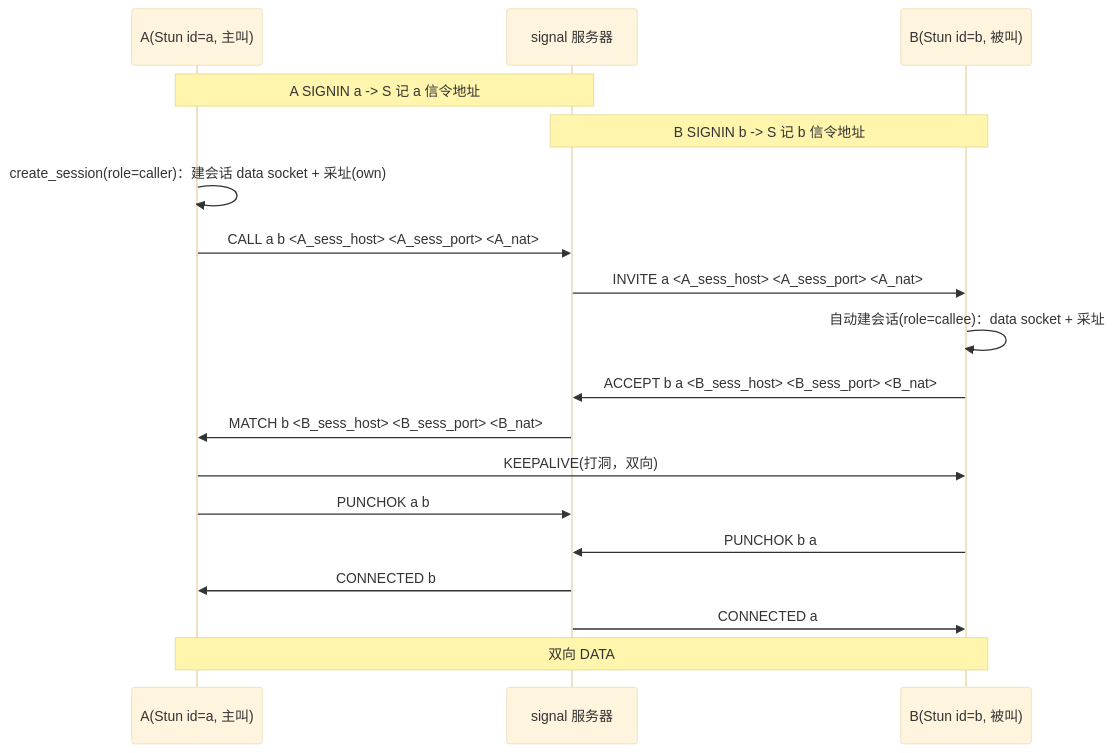
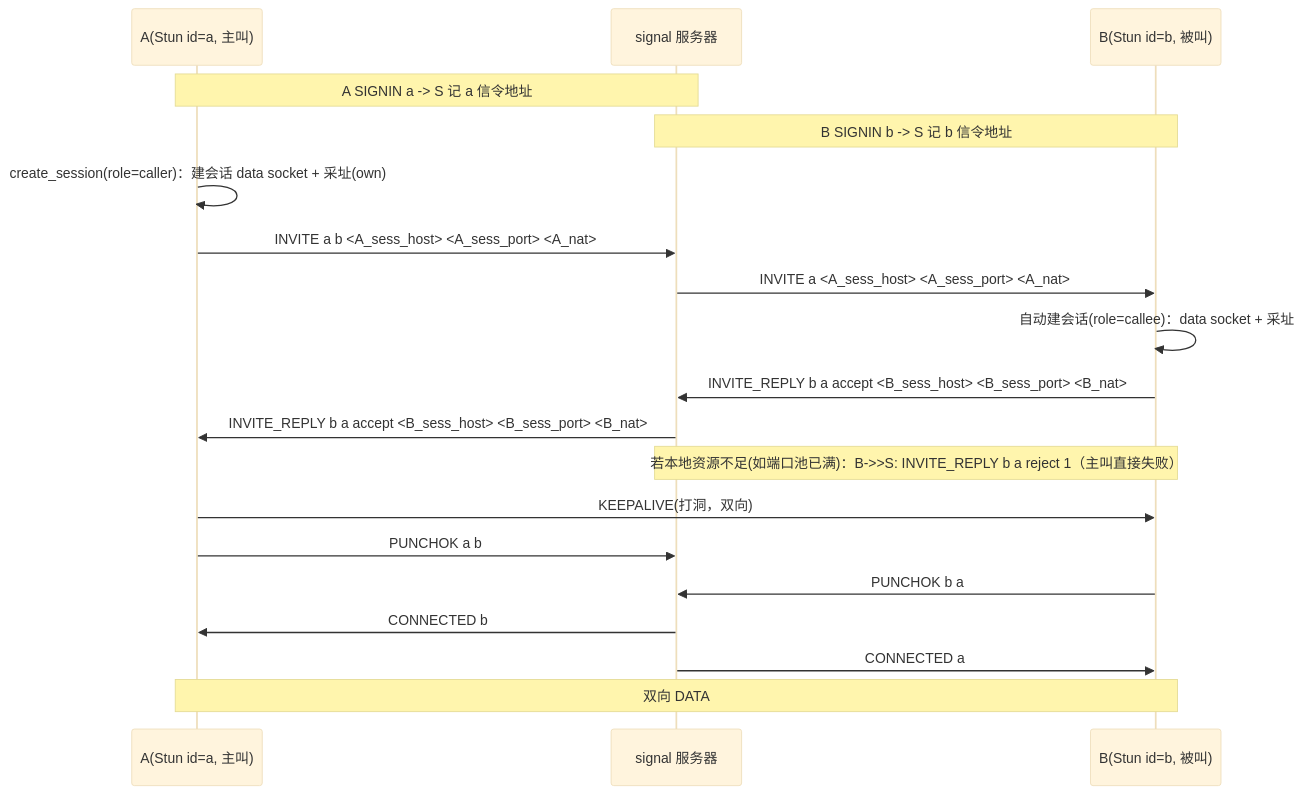
The diagram in doc/net/p2p/p2p_design.md (a1an1in/libobject), drawn with Mermaid (base theme) before and after one commit. The commit also changed other lines of this file and 12 other files, not shown here.

First line of the commit message:
[update:net/p2p] 信令统一为 INVITE/INVITE_REPLY(accept|reject)，本地端口池 + 表驱动分派；日志英文化。

````diff
--- a/doc/net/p2p/p2p_design.md
+++ b/doc/net/p2p/p2p_design.md
@@ -102,20 +103,21 @@
 ```mermaid
 sequenceDiagram
     participant A as A(Stun id=a, 主叫)
     participant S as signal 服务器
     participant B as B(Stun id=b, 被叫)
     Note over A,S: A SIGNIN a -> S 记 a 信令地址
     Note over B,S: B SIGNIN b -> S 记 b 信令地址
     A->>A: create_session(role=caller)：建会话 data socket + 采址(own)
-    A->>S: CALL a b <A_sess_host> <A_sess_port> <A_nat>
+    A->>S: INVITE a b <A_sess_host> <A_sess_port> <A_nat>
     S->>B: INVITE a <A_sess_host> <A_sess_port> <A_nat>
     B->>B: 自动建会话(role=callee)：data socket + 采址
-    B->>S: ACCEPT b a <B_sess_host> <B_sess_port> <B_nat>
-    S->>A: MATCH b <B_sess_host> <B_sess_port> <B_nat>
+    B->>S: INVITE_REPLY b a accept <B_sess_host> <B_sess_port> <B_nat>
+    S->>A: INVITE_REPLY b a accept <B_sess_host> <B_sess_port> <B_nat>
+    Note over B,S: 若本地资源不足(如端口池已满)：B->>S: INVITE_REPLY b a reject 1（主叫直接失败）
     A->>B: KEEPALIVE(打洞，双向)
     A->>S: PUNCHOK a b
     B->>S: PUNCHOK b a
     S->>A: CONNECTED b
     S->>B: CONNECTED a
     Note over A,B: 双向 DATA
 ```
````
